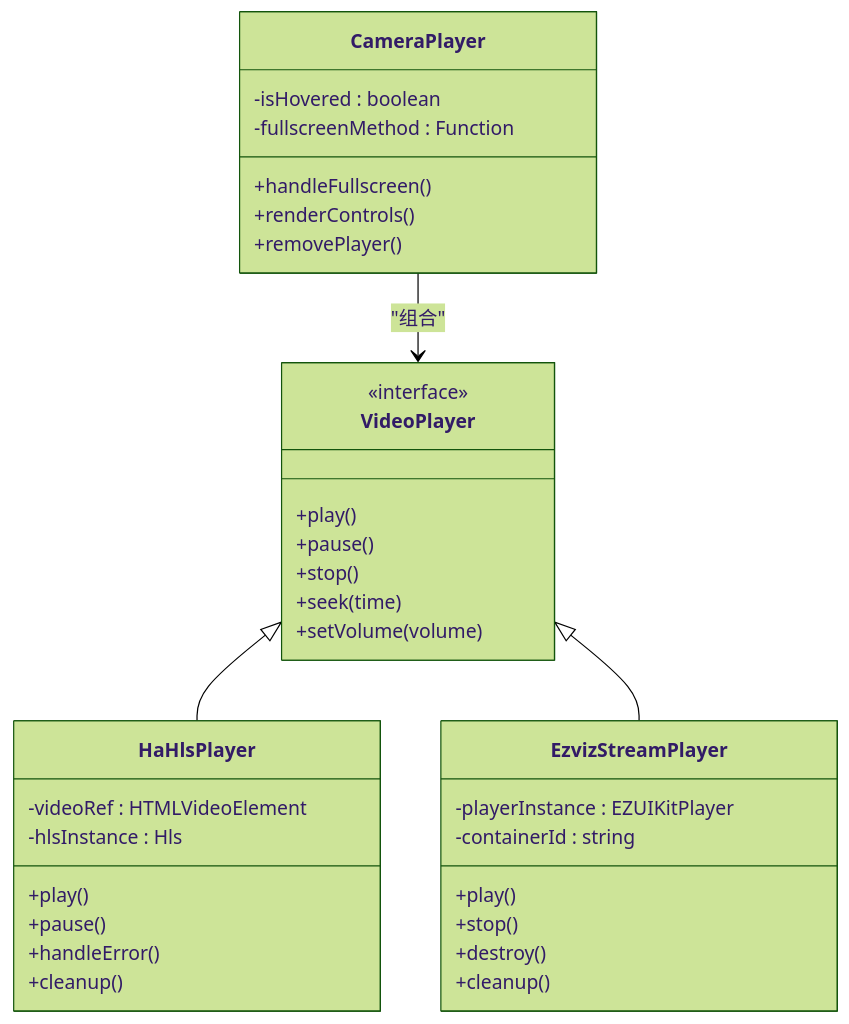
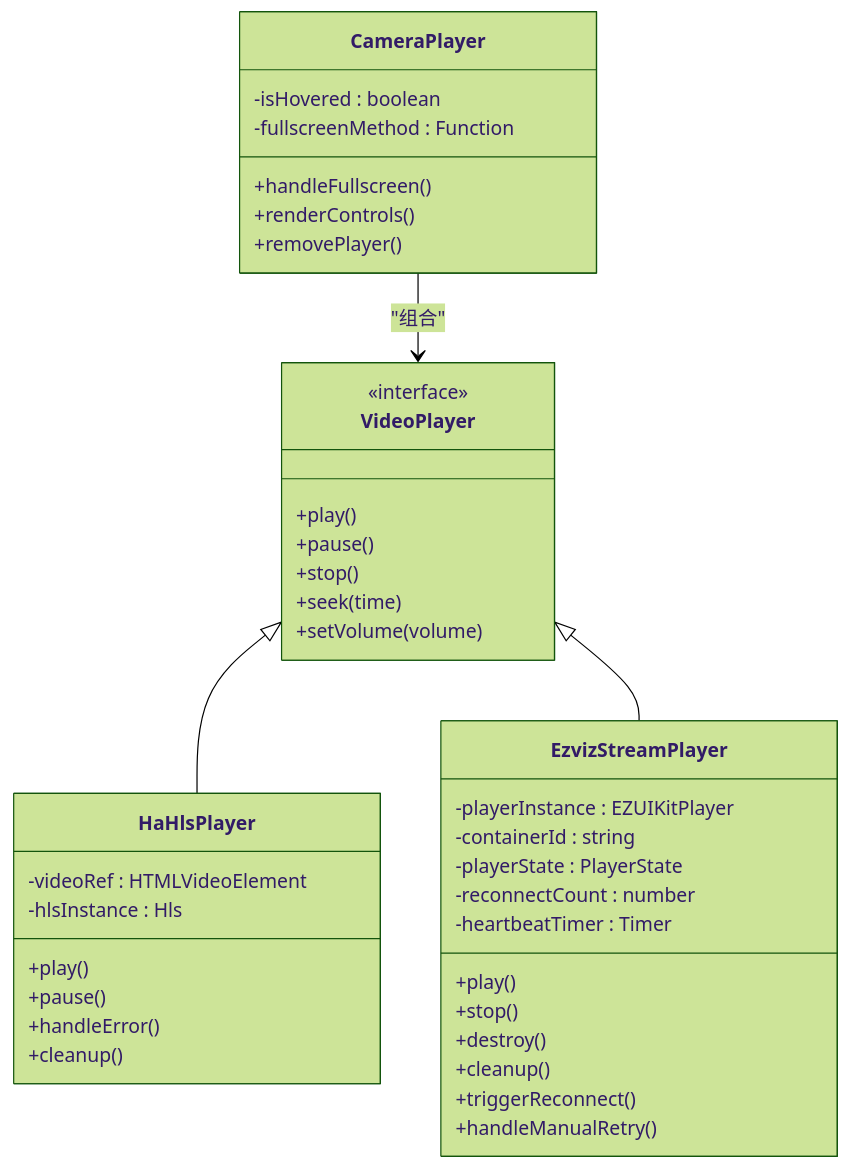
One commit to skyeyinkun/HAUI changed the fourth of 15 diagrams in .qoder/repowiki/zh/content/摄像头监控系统/视频播放器实现.md. Above: the diagram before and after it, drawn with Mermaid (forest theme). The commit also changed other lines of this file and 23 other files, not shown here.

````diff
--- a/.qoder/repowiki/zh/content/摄像头监控系统/视频播放器实现.md
+++ b/.qoder/repowiki/zh/content/摄像头监控系统/视频播放器实现.md
@@ -171,37 +193,42 @@
 ```mermaid
 classDiagram
 class VideoPlayer {
 <<interface>>
 +play()
 +pause()
 +stop()
 +seek(time)
 +setVolume(volume)
 }
 class HaHlsPlayer {
 -videoRef : HTMLVideoElement
 -hlsInstance : Hls
 +play()
 +pause()
 +handleError()
 +cleanup()
 }
 class EzvizStreamPlayer {
 -playerInstance : EZUIKitPlayer
 -containerId : string
+-playerState : PlayerState
+-reconnectCount : number
+-heartbeatTimer : Timer
 +play()
 +stop()
 +destroy()
 +cleanup()
++triggerReconnect()
++handleManualRetry()
 }
 class CameraPlayer {
 -isHovered : boolean
 -fullscreenMethod : Function
 +handleFullscreen()
 +renderControls()
 +removePlayer()
 }
 VideoPlayer <|-- HaHlsPlayer
 VideoPlayer <|-- EzvizStreamPlayer
 CameraPlayer --> VideoPlayer : "组合"
 ```
````
